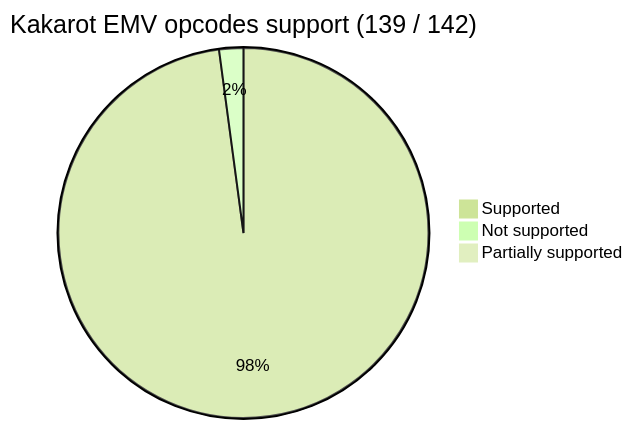
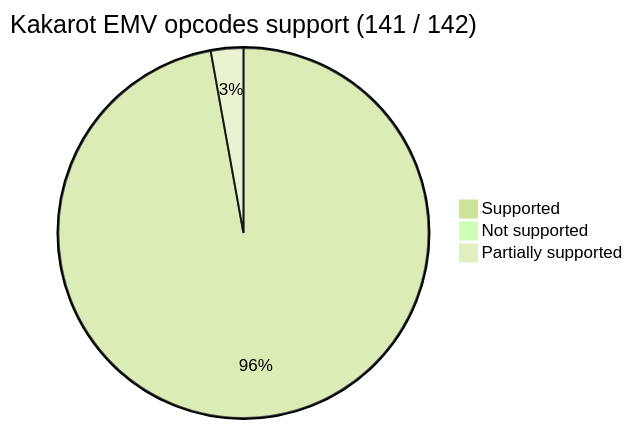
One commit to kkrt-labs/kakarot changed the first of 2 diagrams in README.md. Above: the diagram before and after it, drawn with Mermaid. The commit also changed other lines of this file and 3 other files, not shown here.

Commit message:
docs: update supported opcodes

````diff
--- a/README.md
+++ b/README.md
@@ -38,8 +41,8 @@
 ```mermaid
 %%{init: {'theme': 'forest', 'themeVariables': { 'darkMode': 'false'}}}%%
 
-pie title Kakarot EMV opcodes support (139 / 142)
-    "Supported" : 139
-    "Not supported" : 3
-    "Partially supported" : 0
+pie title Kakarot EMV opcodes support (141 / 142)
+    "Supported" : 137
+    "Not supported" : 1
+    "Partially supported" : 4
 ```
````
